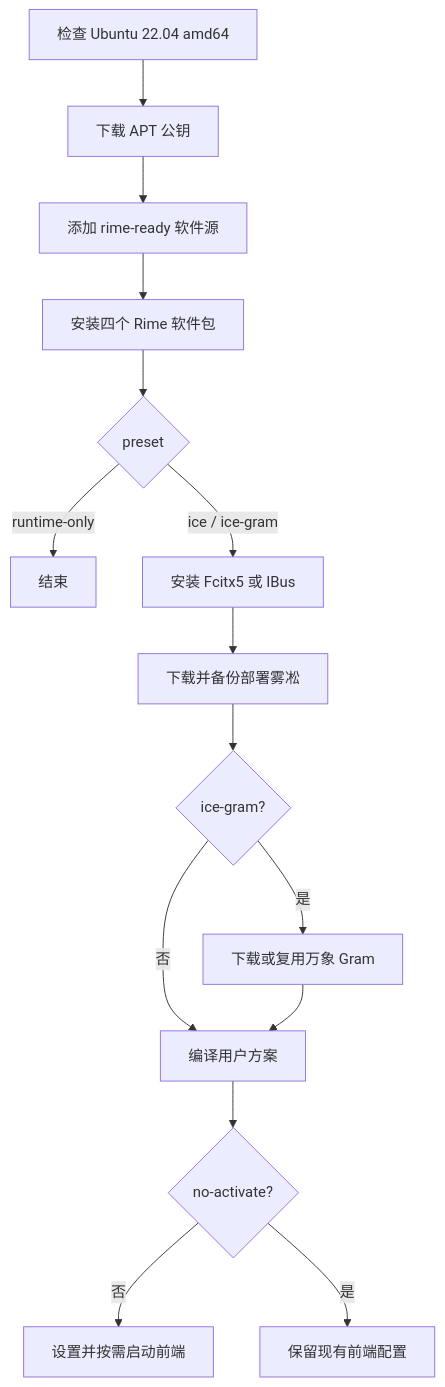
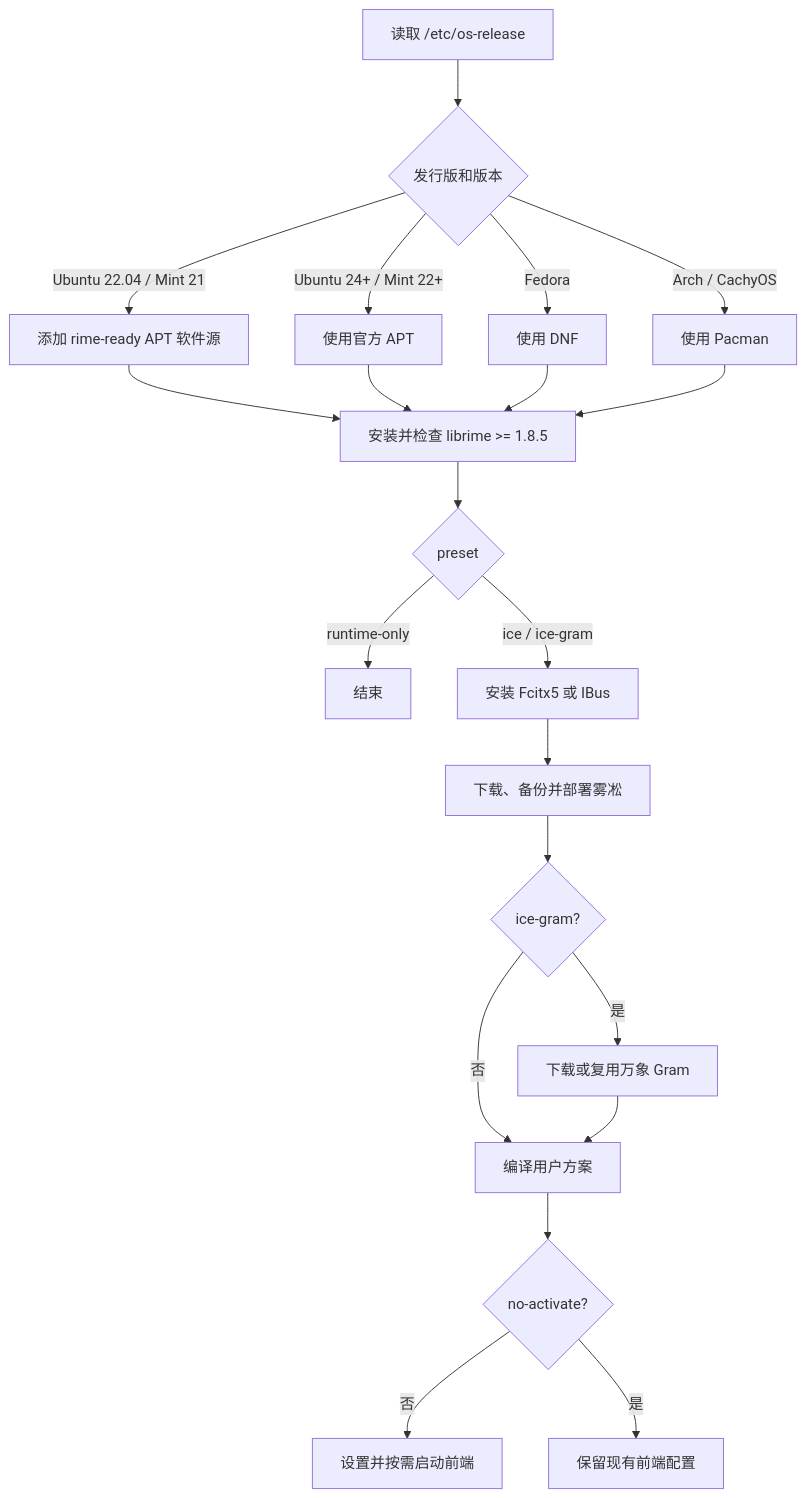
One commit to Huffer342-WSH/rime-ready changed the second of 3 diagrams in docs/DESIGN.md. Above: the diagram before and after it, drawn with Mermaid. The commit also changed other lines of this file and 4 other files, not shown here.

````diff
--- a/docs/DESIGN.md
+++ b/docs/DESIGN.md
@@ -94,17 +94,23 @@
 ```mermaid
 flowchart TD
-    E[检查 Ubuntu 22.04 amd64] --> K[下载 APT 公钥]
-    K --> R[添加 rime-ready 软件源]
-    R --> L[安装四个 Rime 软件包]
+    E[读取 /etc/os-release] --> D{发行版和版本}
+    D -->|Ubuntu 22.04 / Mint 21| K[添加 rime-ready APT 软件源]
+    D -->|Ubuntu 24+ / Mint 22+| A[使用官方 APT]
+    D -->|Fedora| F[使用 DNF]
+    D -->|Arch / CachyOS| P[使用 Pacman]
+    K --> L[安装并检查 librime >= 1.8.5]
+    A --> L
+    F --> L
+    P --> L
     L --> Q{preset}
     Q -->|runtime-only| X[结束]
-    Q -->|ice / ice-gram| F[安装 Fcitx5 或 IBus]
-    F --> I[下载并备份部署雾凇]
-    I --> G{ice-gram?}
+    Q -->|ice / ice-gram| I[安装 Fcitx5 或 IBus]
+    I --> B[下载、备份并部署雾凇]
+    B --> G{ice-gram?}
     G -->|是| M[下载或复用万象 Gram]
     G -->|否| U[编译用户方案]
     M --> U
     U --> N{no-activate?}
     N -->|否| H[设置并按需启动前端]
     N -->|是| Z[保留现有前端配置]
 ```
````
